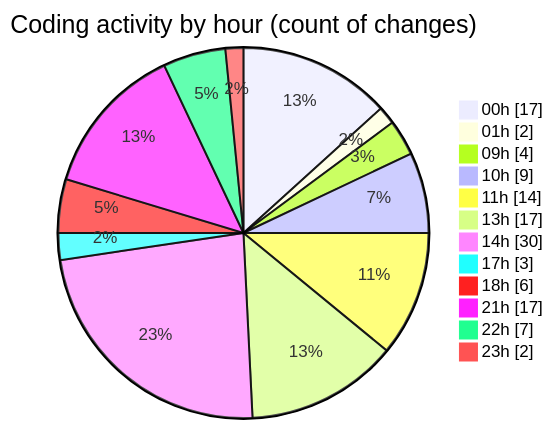
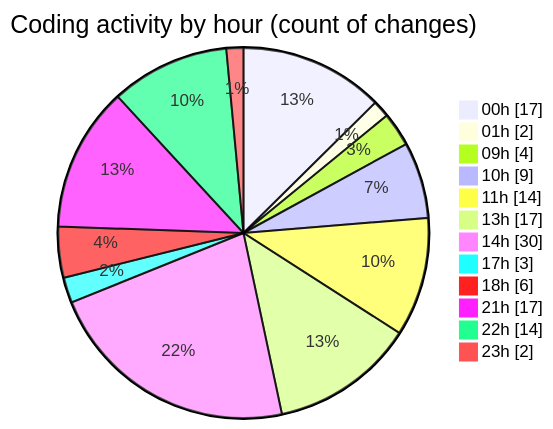
The second of 2 diagrams in 2025-10-29/eventscop-frontend-guide__workspace_/README.md (julien-gomy/code-tracking), drawn with Mermaid before and after one commit. The commit also changed other lines of this file and 1 other file, not shown here.

````diff
--- a/2025-10-29/eventscop-frontend-guide__workspace_/README.md
+++ b/2025-10-29/eventscop-frontend-guide__workspace_/README.md
@@ -67,16 +67,16 @@
 ```mermaid
 pie showData
 title Coding activity by hour (count of changes)
 "00h" : 17
 "01h" : 2
 "09h" : 4
 "10h" : 9
 "11h" : 14
 "13h" : 17
 "14h" : 30
 "17h" : 3
 "18h" : 6
 "21h" : 17
-"22h" : 7
+"22h" : 14
 "23h" : 2
 ```
````
